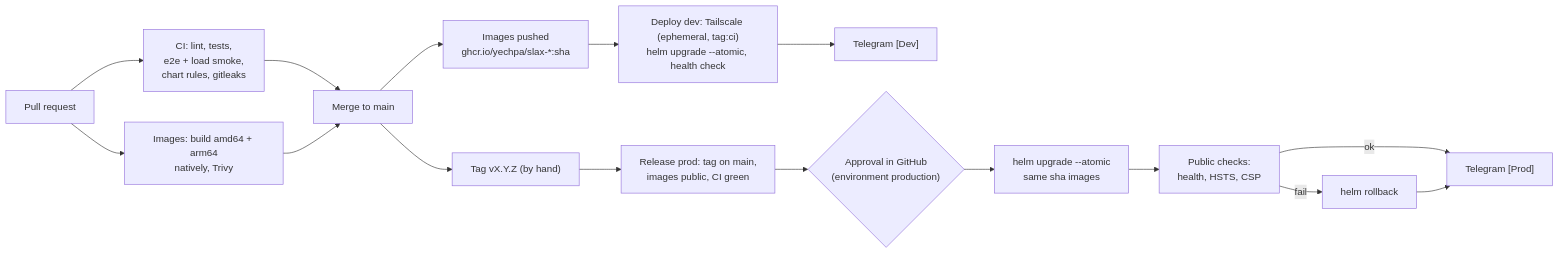
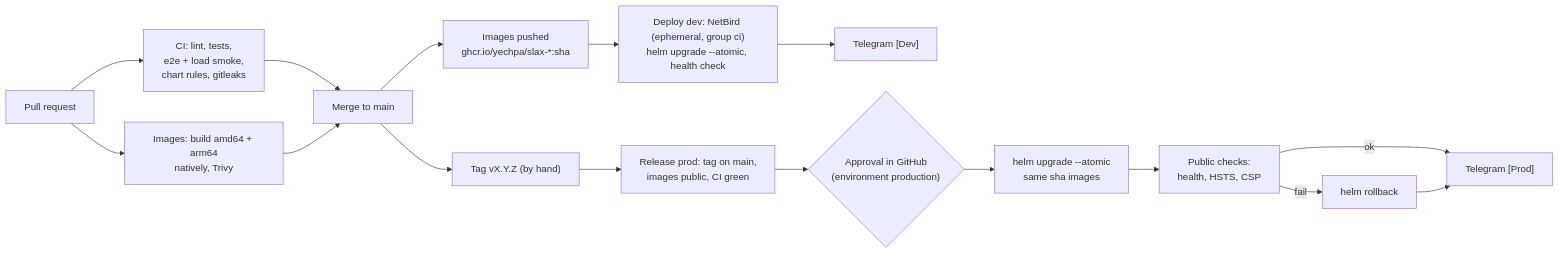
Before and after one commit to yechpa/slax: the fourth of 4 diagrams in docs/architecture.md, drawn with Mermaid. The commit also changed other lines of this file and 19 other files, not shown here.

First line of the commit message:
Move CI, dev and prod access from Tailscale to self-hosted NetBird

````diff
--- a/docs/architecture.md
+++ b/docs/architecture.md
@@ -260,18 +260,18 @@
 ```mermaid
 flowchart LR
     pr["Pull request"] --> ci["CI: lint, tests,<br/>e2e + load smoke,<br/>chart rules, gitleaks"]
     pr --> img["Images: build amd64 + arm64<br/>natively, Trivy"]
     ci --> merge["Merge to main"]
     img --> merge
     merge --> push["Images pushed<br/>ghcr.io/yechpa/slax-*:sha"]
-    push --> devdeploy["Deploy dev: Tailscale (ephemeral, tag:ci)<br/>helm upgrade --atomic, health check"]
+    push --> devdeploy["Deploy dev: NetBird (ephemeral, group ci)<br/>helm upgrade --atomic, health check"]
     devdeploy --> tgdev["Telegram [Dev]"]
     merge --> tag["Tag vX.Y.Z (by hand)"]
     tag --> check["Release prod: tag on main,<br/>images public, CI green"]
     check --> approve{"Approval in GitHub<br/>(environment production)"}
     approve --> prod["helm upgrade --atomic<br/>same sha images"]
     prod --> verify["Public checks:<br/>health, HSTS, CSP"]
     verify -->|fail| rollback["helm rollback"]
     verify -->|ok| tgprod["Telegram [Prod]"]
     rollback --> tgprod
 ```
````
